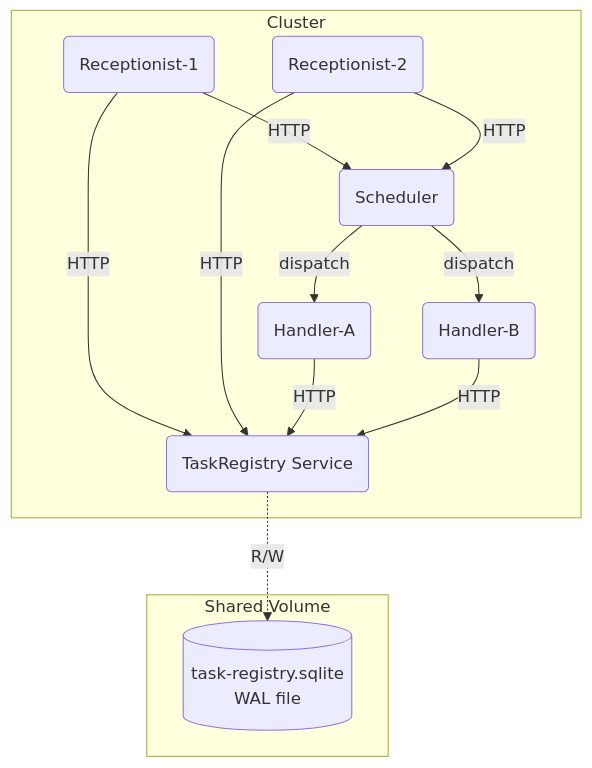
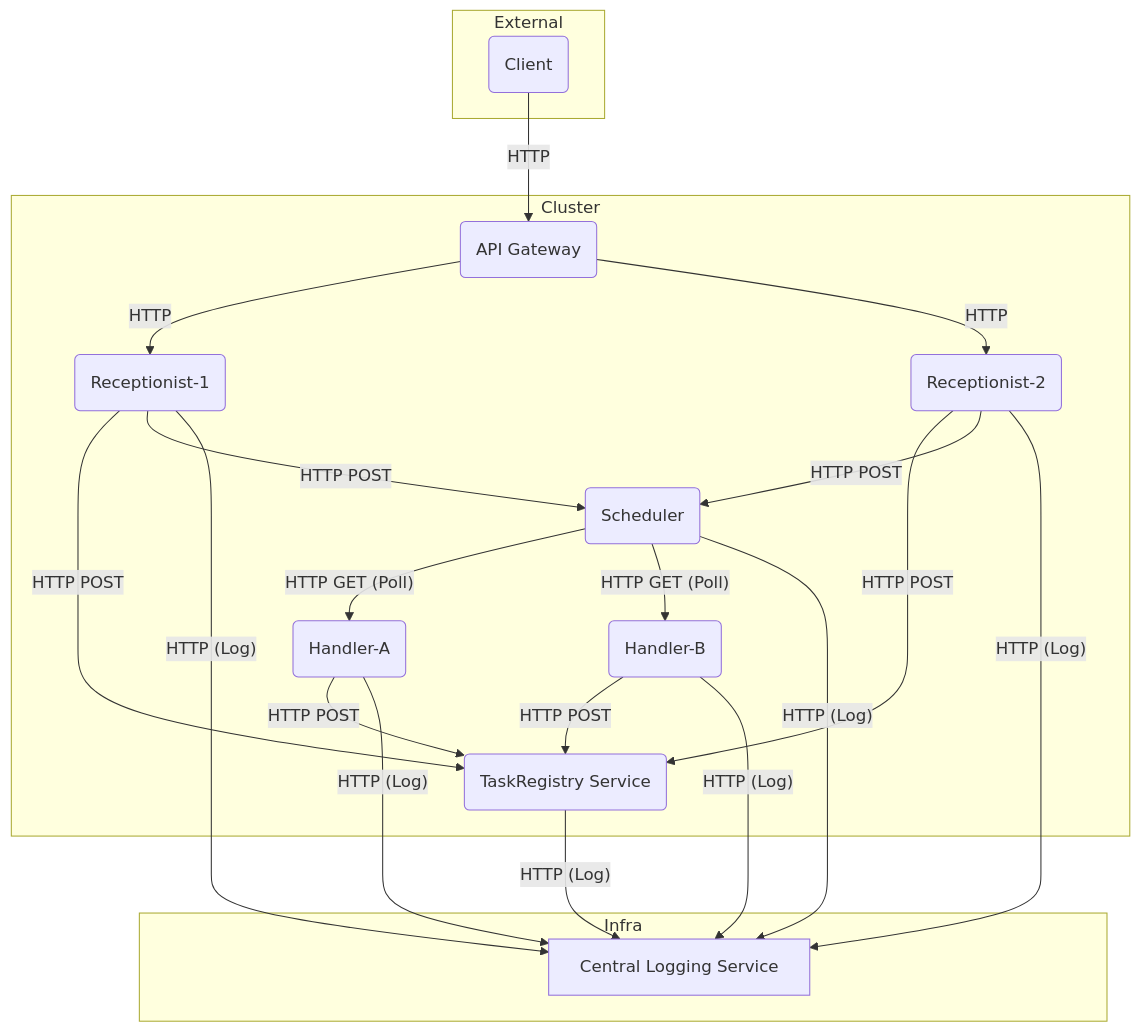
One commit to weilidai2001/reedsy-2025-import-export changed the diagram in .taskmaster/docs/receptionist_system_prd.md. Above: the diagram before and after it, drawn with Mermaid. The commit also changed other lines of this file, not shown here.

Commit message:
docs: update system architecture to use API Gateway and centralized logging service

````diff
--- a/.taskmaster/docs/receptionist_system_prd.md
+++ b/.taskmaster/docs/receptionist_system_prd.md
@@ -20,26 +22,41 @@
 ```mermaid
 flowchart TD
-  subgraph Shared Volume
-    SQLITE[(task-registry.sqlite<br/>WAL file)]
+  subgraph External
+    CLIENT(Client)
+  end
+
+  subgraph Infra
+    LOGGING[Central Logging Service]
   end
 
   subgraph Cluster
+    GATEWAY(API Gateway)
     RECEPTIONIST1(Receptionist-1)
     RECEPTIONIST2(Receptionist-2)
     SCHEDULER(Scheduler)
     HANDLER1(Handler-A)
     HANDLER2(Handler-B)
     TASKREGISTRY(TaskRegistry Service)
   end
 
-  TASKREGISTRY -. R/W .-> SQLITE
-  RECEPTIONIST1 -- HTTP --> TASKREGISTRY
-  RECEPTIONIST2 -- HTTP --> TASKREGISTRY
-  HANDLER1      -- HTTP --> TASKREGISTRY
-  HANDLER2      -- HTTP --> TASKREGISTRY
+  CLIENT -- HTTP --> GATEWAY
+  GATEWAY -- HTTP --> RECEPTIONIST1
+  GATEWAY -- HTTP --> RECEPTIONIST2
 
-  RECEPTIONIST1 -- HTTP --> SCHEDULER
-  RECEPTIONIST2 -- HTTP --> SCHEDULER
-  SCHEDULER     -- dispatch --> HANDLER1
-  SCHEDULER     -- dispatch --> HANDLER2
+  RECEPTIONIST1 -- HTTP POST --> TASKREGISTRY
+  RECEPTIONIST2 -- HTTP POST --> TASKREGISTRY
+  HANDLER1      -- HTTP POST --> TASKREGISTRY
+  HANDLER2      -- HTTP POST --> TASKREGISTRY
+
+  RECEPTIONIST1 -- HTTP POST --> SCHEDULER
+  RECEPTIONIST2 -- HTTP POST --> SCHEDULER
+  SCHEDULER     -- HTTP GET (Poll) --> HANDLER1
+  SCHEDULER     -- HTTP GET (Poll) --> HANDLER2
+
+  RECEPTIONIST1 -- HTTP (Log) --> LOGGING
+  RECEPTIONIST2 -- HTTP (Log) --> LOGGING
+  SCHEDULER -- HTTP (Log) --> LOGGING
+  HANDLER1 -- HTTP (Log) --> LOGGING
+  HANDLER2 -- HTTP (Log) --> LOGGING
+  TASKREGISTRY -- HTTP (Log) --> LOGGING
 ```
````
